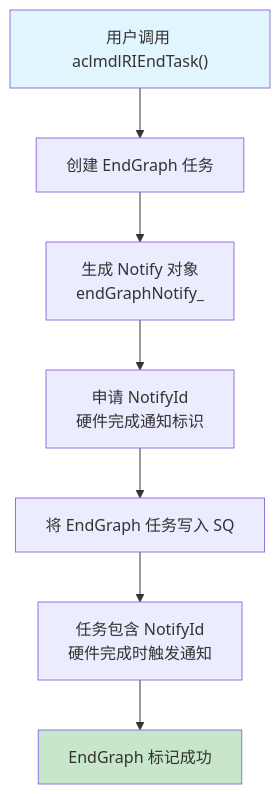
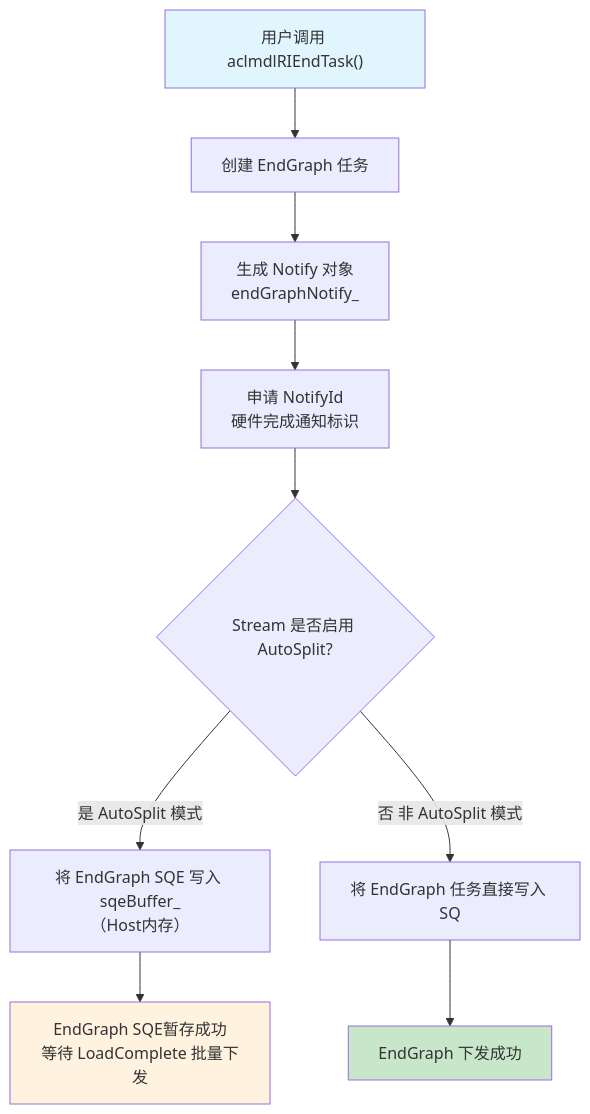
Diagram 12 of 21 in docs/design/modules/model/model.md (18liumin/runtime), drawn with Mermaid before and after one commit. The commit also changed other lines of this file, not shown here.

````diff
--- a/docs/design/modules/model/model.md
+++ b/docs/design/modules/model/model.md
@@ -383,13 +693,20 @@
 ```mermaid
 flowchart TD
     A["用户调用 aclmdlRIEndTask()"] --> B["创建 EndGraph 任务"]
     B --> C["生成 Notify 对象<br/>endGraphNotify_"]
     C --> D["申请 NotifyId<br/>硬件完成通知标识"]
     
-    D --> E["将 EndGraph 任务写入 SQ"]
-    E --> F["任务包含 NotifyId<br/>硬件完成时触发通知"]
-    F --> G["EndGraph 标记成功"]
+    D --> J{"Stream 是否启用 AutoSplit?"}
+    
+    %% AutoSplit 路径
+    J -->|是 AutoSplit 模式| E1["将 EndGraph SQE 写入 sqeBuffer_<br/>（Host内存）"]
+    E1 --> F1["EndGraph SQE暂存成功<br/>等待 LoadComplete 批量下发"]
+    
+    %% 非 AutoSplit 路径
+    J -->|否 非 AutoSplit 模式| E2["将 EndGraph 任务直接写入 SQ"]
+    E2 --> F2["EndGraph 下发成功"]
     
     style A fill:#e1f5ff
-    style G fill:#c8e6c9
+    style F1 fill:#fff3e0
+    style F2 fill:#c8e6c9
 ```
````
